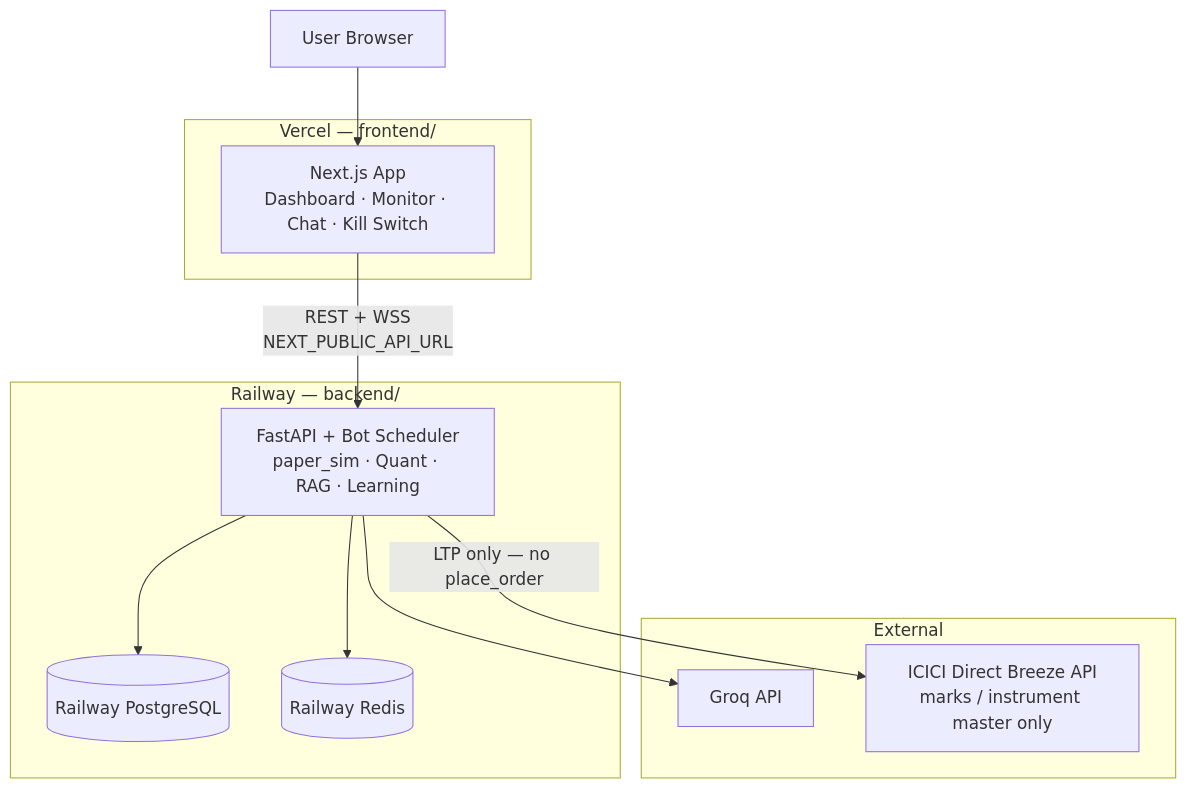
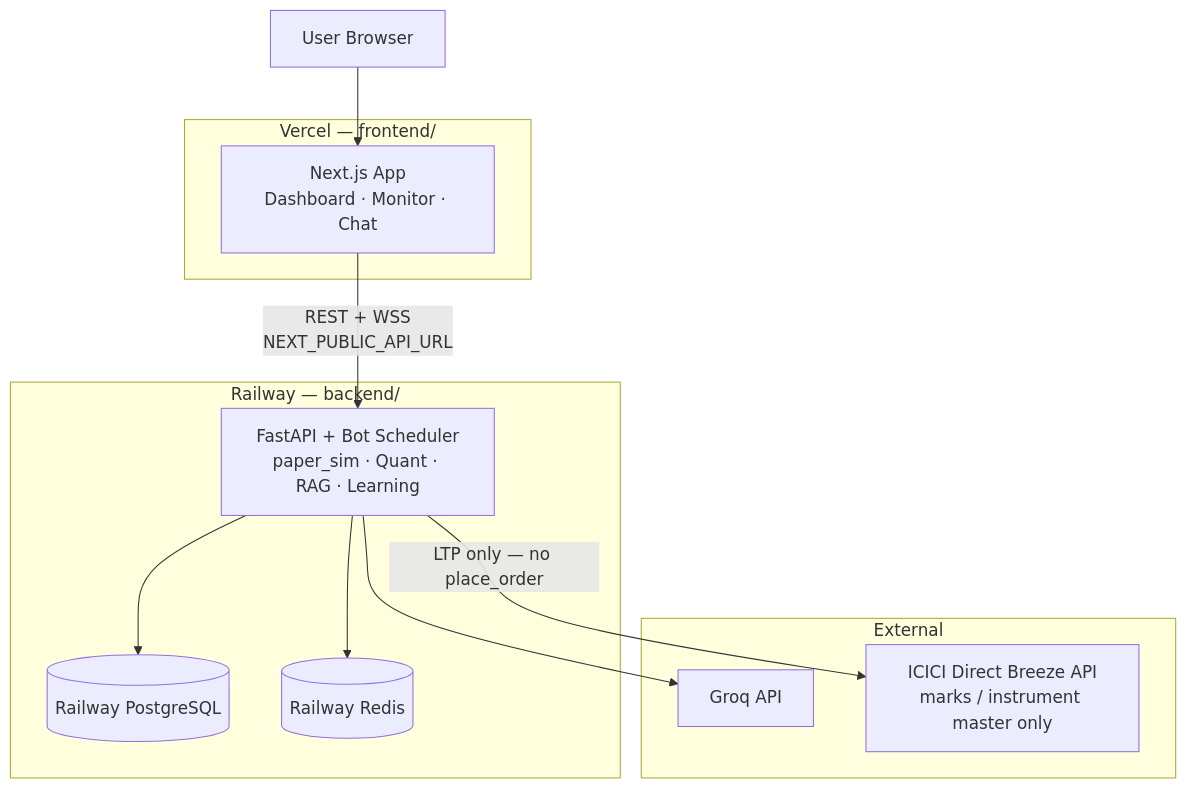
Diagram 16 of 21 in Docs/architecture.md (KarthikBattaram19/Trading_Bot_1), drawn with Mermaid before and after one commit. The commit also changed other lines of this file and 3 other files, not shown here.

First line of the commit message:
Sweep remaining stale kill-switch references from docs and local config

````diff
--- a/Docs/architecture.md
+++ b/Docs/architecture.md
@@ -3995,24 +3990,24 @@
 ```mermaid
 flowchart TB
     subgraph Vercel_FE["Vercel — frontend/"]
-        FE[Next.js App\nDashboard · Monitor · Chat · Kill Switch]
+        FE[Next.js App\nDashboard · Monitor · Chat]
     end
 
     subgraph Railway_BE["Railway — backend/"]
         BE[FastAPI + Bot Scheduler\npaper_sim · Quant · RAG · Learning]
         PG[(Railway PostgreSQL)]
         REDIS[(Railway Redis)]
     end
 
     subgraph External
         GROQ[Groq API]
         ANGEL[ICICI Direct Breeze API\nmarks / instrument master only]
     end
 
     USER[User Browser] --> FE
     FE -->|REST + WSS\nNEXT_PUBLIC_API_URL| BE
     BE --> PG
     BE --> REDIS
     BE --> GROQ
     BE -->|LTP only — no place_order| ANGEL
 ```
````
